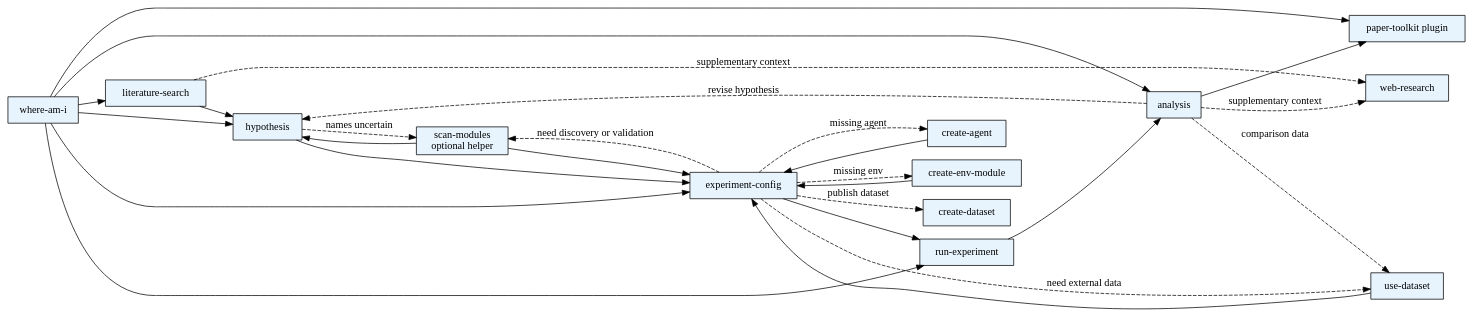
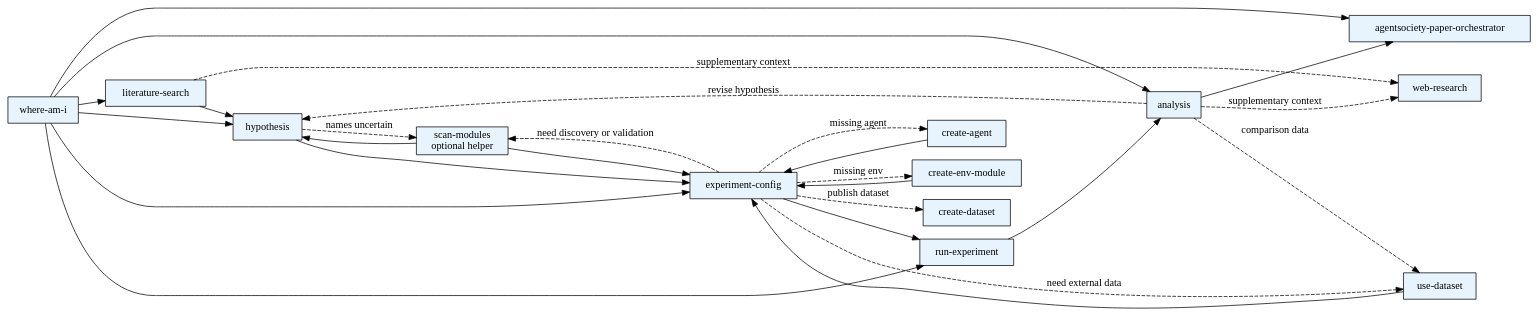
The diagram in extension/skills/agentsociety-research-pipeline/v1.0.0/SKILL.md (miaoqijun/AgentSociety), drawn with Graphviz before and after one commit. The commit also changed other lines of this file and 391 other files, not shown here.

````diff
--- a/extension/skills/agentsociety-research-pipeline/v1.0.0/SKILL.md
+++ b/extension/skills/agentsociety-research-pipeline/v1.0.0/SKILL.md
@@ -116,47 +116,47 @@
 ```dot
 digraph research_pipeline {
     rankdir=LR;
     node [shape=box, style=filled, fillcolor="#E8F4FD"];
     decide [label="where-am-i"];
     lit [label="literature-search"];
     hypo [label="hypothesis"];
     scan [label="scan-modules\noptional helper"];
     exp [label="experiment-config"];
     run [label="run-experiment"];
     analysis [label="analysis"];
-    paper [label="paper-toolkit plugin"];
+    paper [label="agentsociety-paper-orchestrator"];
     agent [label="create-agent"];
     env [label="create-env-module"];
     create_ds [label="create-dataset"];
     use_ds [label="use-dataset"];
     web [label="web-research"];
 
     decide -> lit;
     decide -> hypo;
     decide -> exp;
     decide -> run;
     decide -> analysis;
     decide -> paper;
 
     lit -> hypo;
     lit -> web [style=dashed, label="supplementary context"];
     hypo -> scan [style=dashed, label="names uncertain"];
     scan -> hypo;
     hypo -> exp;
     exp -> scan [style=dashed, label="need discovery or validation"];
     scan -> exp;
     exp -> agent [style=dashed, label="missing agent"];
     agent -> exp;
     exp -> env [style=dashed, label="missing env"];
     env -> exp;
     exp -> create_ds [style=dashed, label="publish dataset"];
     exp -> use_ds [style=dashed, label="need external data"];
     use_ds -> exp;
     exp -> run;
     run -> analysis;
     analysis -> paper;
     analysis -> hypo [style=dashed, label="revise hypothesis"];
     analysis -> use_ds [style=dashed, label="comparison data"];
     analysis -> web [style=dashed, label="supplementary context"];
 }
 ```
````
